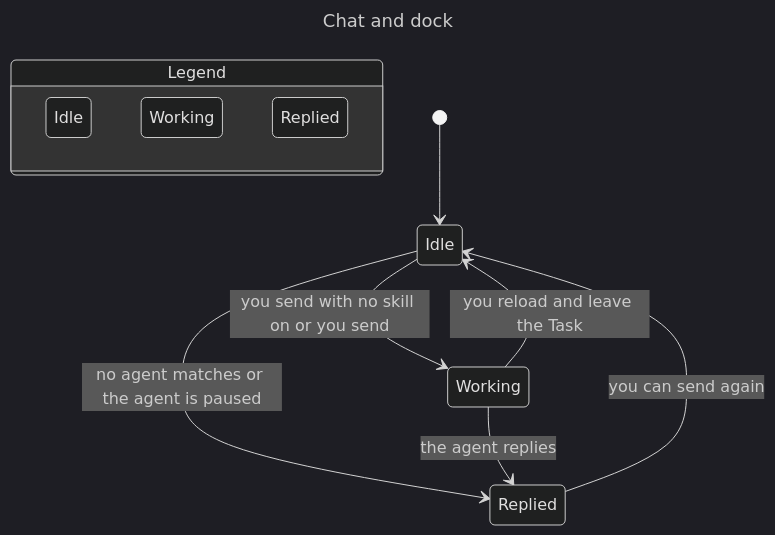
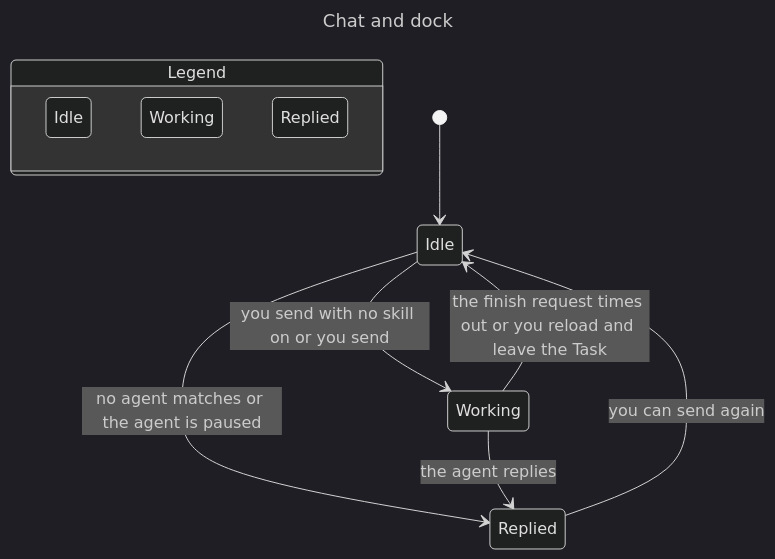
One commit to moeghashim/tensquads changed the diagram in packages/statecharts/chat-dock/chart.mmd. Above: the diagram before and after it, drawn with Mermaid (dark theme). The commit also changed 3 other files, not shown here.

```diff
--- a/packages/statecharts/chat-dock/chart.mmd
+++ b/packages/statecharts/chat-dock/chart.mmd
@@ -1,24 +1,24 @@
 ---
 title: "Chat and dock"
 ---
 stateDiagram-v2
   state "Legend" as legend {
     lg0: Idle
     lg1: Working
     lg2: Replied
   }
   class lg0 blue
   class lg1 orange
   class lg2 teal
   s0: Idle
   s1: Replied
   s2: Working
   [*] --> s0
   s0 --> s1: no agent matches or the agent is paused
   s0 --> s2: you send with no skill on or you send
   s1 --> s0: you can send again
-  s2 --> s0: you reload and leave the Task
+  s2 --> s0: the finish request times out or you reload and leave the Task
   s2 --> s1: the agent replies
   class s0 blue
   class s1 teal
   class s2 orange
```
